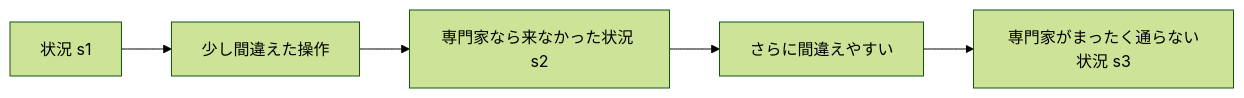
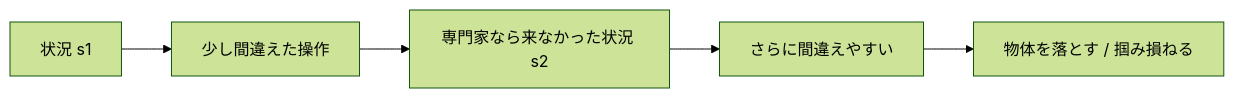
The second of 4 diagrams in 10.ImitationLearning/docs/01_模倣学習の基礎.md (Otsugu/Azure-Machine-Learning-sample), drawn with Mermaid (forest theme) before and after one commit. The commit also changed other lines of this file and 36 other files, not shown here.

````diff
--- a/10.ImitationLearning/docs/01_模倣学習の基礎.md
+++ b/10.ImitationLearning/docs/01_模倣学習の基礎.md
@@ -70,7 +73,7 @@
 ```mermaid
 flowchart LR
     A["状況 s1"] --> B["少し間違えた操作"]
     B --> C["専門家なら来なかった状況 s2"]
     C --> D["さらに間違えやすい"]
-    D --> E["専門家がまったく通らない状況 s3"]
+    D --> E["物体を落とす / 掴み損ねる"]
 ```
````
